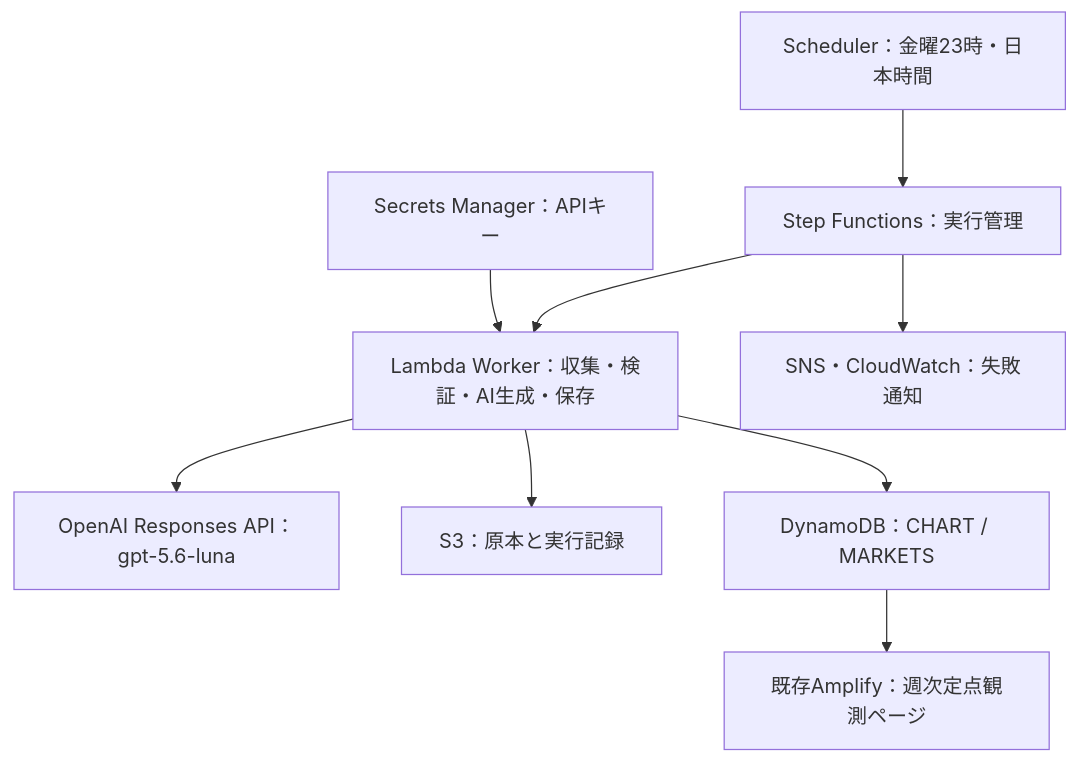
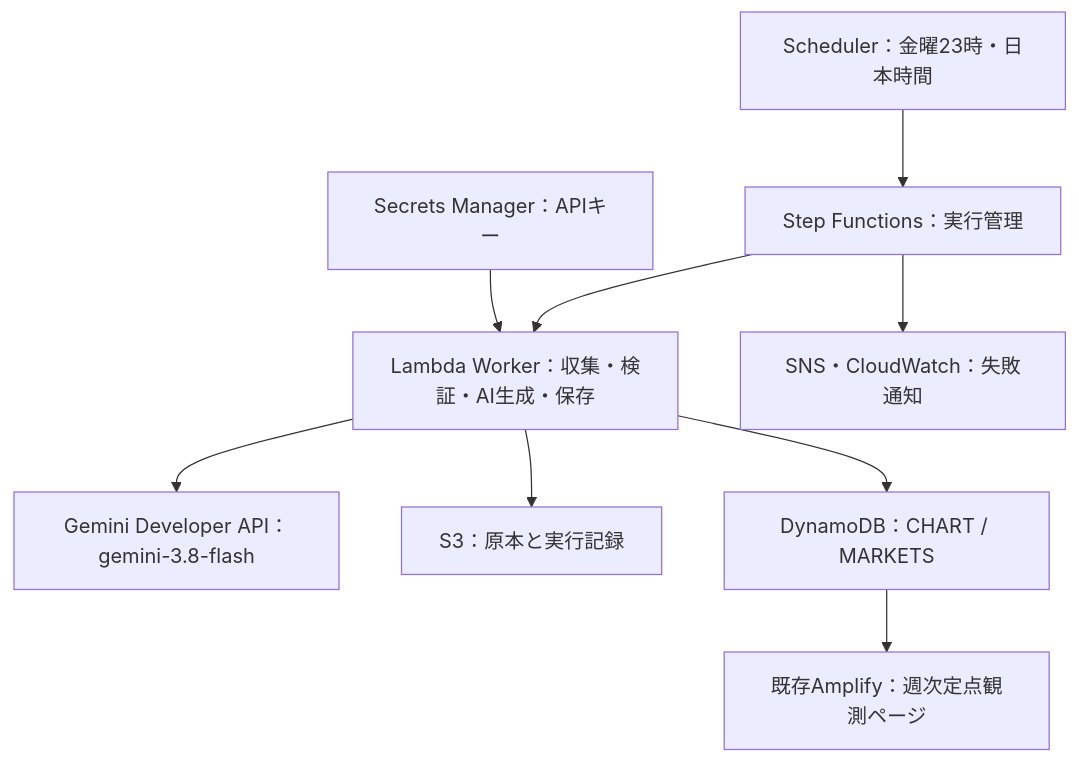
The diagram in docs/weekly-reports-aws-setup.md (kazunorih/ReportBank), drawn with Mermaid before and after one commit. The commit also changed other lines of this file and 1 other file, not shown here.

````diff
--- a/docs/weekly-reports-aws-setup.md
+++ b/docs/weekly-reports-aws-setup.md
@@ -74,11 +79,11 @@
 ```mermaid
 flowchart TD
   E[Scheduler：金曜23時・日本時間] --> S[Step Functions：実行管理]
   S --> L[Lambda Worker：収集・検証・AI生成・保存]
   K[Secrets Manager：APIキー] --> L
-  L --> O[OpenAI Responses API：gpt-5.6-luna]
+  L --> O[Gemini Developer API：gemini-3.8-flash]
   L --> B[S3：原本と実行記録]
   L --> D[DynamoDB：CHART / MARKETS]
   D --> A[既存Amplify：週次定点観測ページ]
   S --> N[SNS・CloudWatch：失敗通知]
 ```
````
